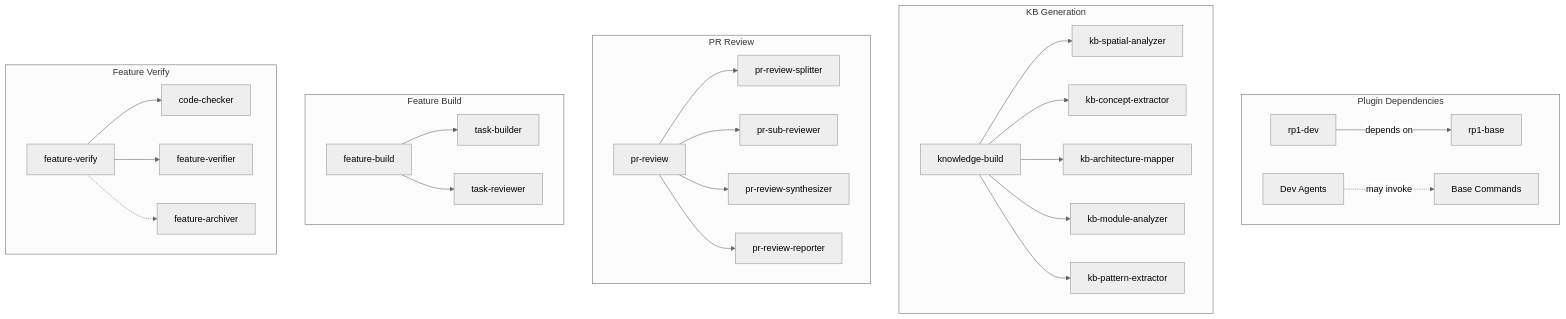
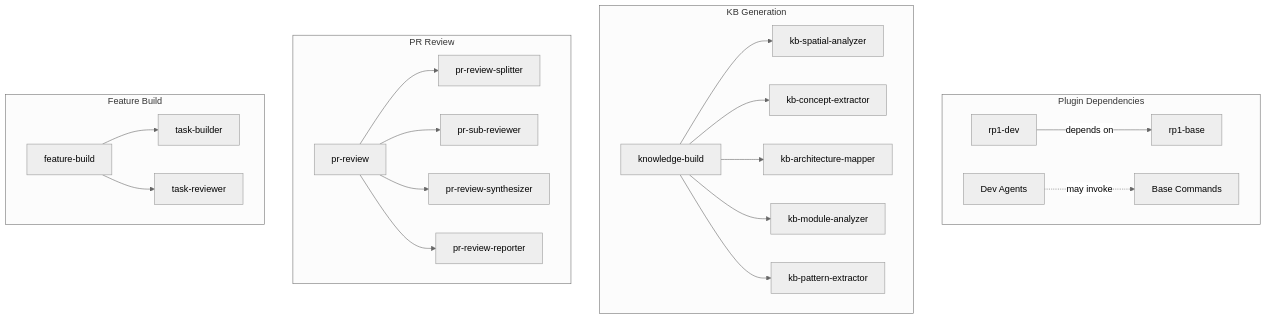
One commit to rp1-run/rp1 changed the diagram in .rp1/context/modules.md. Above: the diagram before and after it, drawn with Mermaid (neutral theme). The commit also changed other lines of this file and 5 other files, not shown here.

````diff
--- a/.rp1/context/modules.md
+++ b/.rp1/context/modules.md
@@ -159,33 +175,27 @@
 ```mermaid
 graph TD
     subgraph "Plugin Dependencies"
         Dev[rp1-dev] -->|depends on| Base[rp1-base]
         DevAgents[Dev Agents] -.->|may invoke| BaseCmds[Base Commands]
     end
 
     subgraph "KB Generation"
         KBBuild[knowledge-build] --> Spatial[kb-spatial-analyzer]
         KBBuild --> Concept[kb-concept-extractor]
         KBBuild --> Arch[kb-architecture-mapper]
         KBBuild --> Module[kb-module-analyzer]
         KBBuild --> Pattern[kb-pattern-extractor]
     end
 
     subgraph "PR Review"
         PRReview[pr-review] --> Splitter[pr-review-splitter]
         PRReview --> SubReviewer[pr-sub-reviewer]
         PRReview --> Synth[pr-review-synthesizer]
         PRReview --> Reporter[pr-review-reporter]
     end
 
     subgraph "Feature Build"
         FBuild[feature-build] --> Builder[task-builder]
         FBuild --> Reviewer[task-reviewer]
     end
-
-    subgraph "Feature Verify"
-        Verify[feature-verify] --> Checker[code-checker]
-        Verify --> Verifier[feature-verifier]
-        Verify -.-> Archiver[feature-archiver]
-    end
 ```
````
